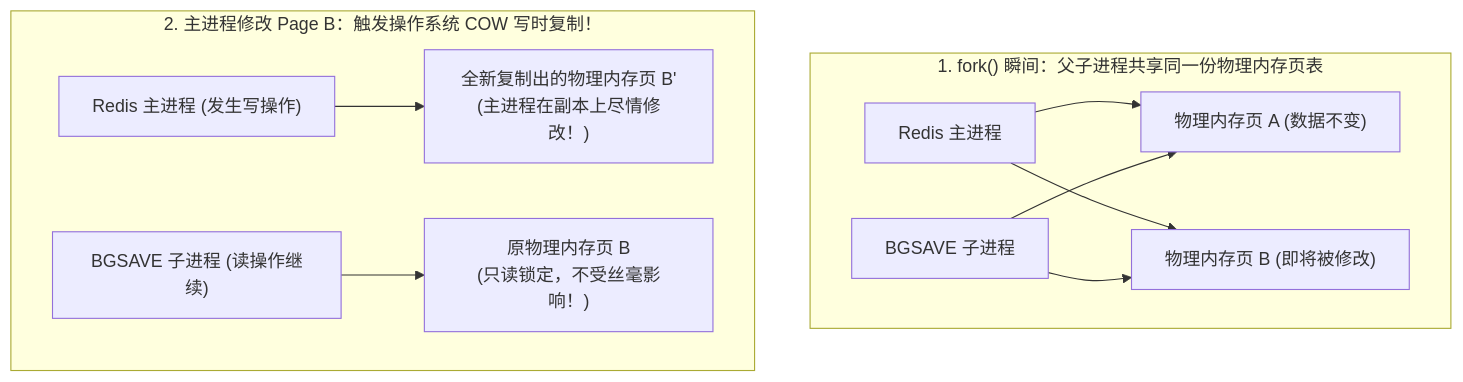
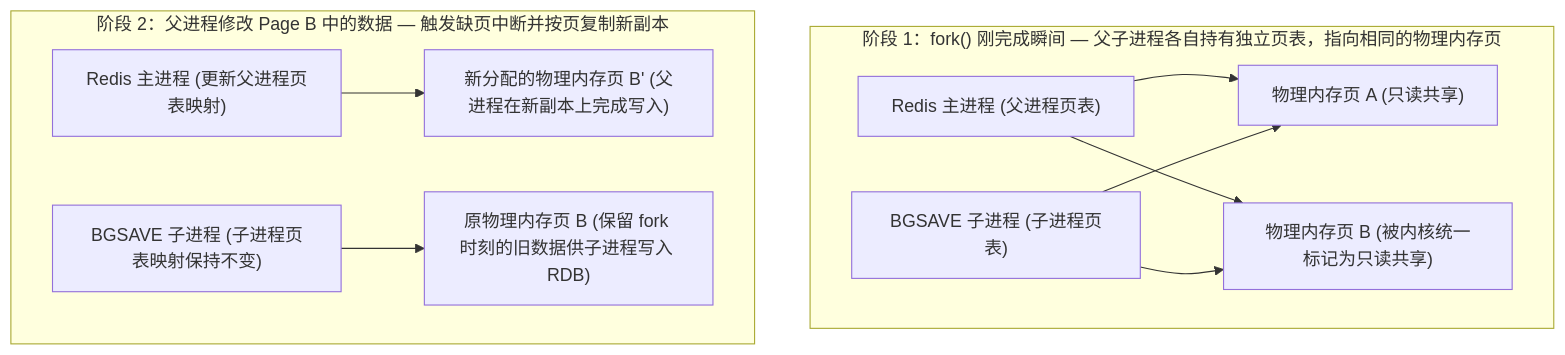
Before and after one commit to GuoWWWX/knowledge-base: the third of 5 diagrams in 20-Java后端/05-数据库与存储/06-Redis持久化-RDB-AOF.md, drawn with Mermaid. The commit also changed other lines of this file and 251 other files, not shown here.

````diff
--- a/20-Java后端/05-数据库与存储/06-Redis持久化-RDB-AOF.md
+++ b/20-Java后端/05-数据库与存储/06-Redis持久化-RDB-AOF.md
@@ -60,14 +92,14 @@
 ```mermaid
 flowchart TD
-    subgraph Before["1. fork() 瞬间：父子进程共享同一份物理内存页表"]
-        Parent1["Redis 主进程"] --> PageA["物理内存页 A (数据不变)"]
-        Child1["BGSAVE 子进程"] --> PageA
-        Parent1 --> PageB["物理内存页 B (即将被修改)"]
+    subgraph Stage1["阶段 1：fork() 刚完成瞬间 — 父子进程各自持有独立页表，指向相同的物理内存页"]
+        Parent1["Redis 主进程 (父进程页表)"] --> PageA["物理内存页 A (只读共享)"]
+        Child1["BGSAVE 子进程 (子进程页表)"] --> PageA
+        Parent1 --> PageB["物理内存页 B (被内核统一标记为只读共享)"]
         Child1 --> PageB
     end
 
-    subgraph After["2. 主进程修改 Page B：触发操作系统 COW 写时复制！"]
-        Parent2["Redis 主进程 (发生写操作)"] --> NewPageB["全新复制出的物理内存页 B'<br/>(主进程在副本上尽情修改！)"]
-        Child2["BGSAVE 子进程 (读操作继续)"] --> OldPageB["原物理内存页 B<br/>(只读锁定，不受丝毫影响！)"]
+    subgraph Stage2["阶段 2：父进程修改 Page B 中的数据 — 触发缺页中断并按页复制新副本"]
+        Parent2["Redis 主进程 (更新父进程页表映射)"] --> NewPageB["新分配的物理内存页 B' (父进程在新副本上完成写入)"]
+        Child2["BGSAVE 子进程 (子进程页表映射保持不变)"] --> OldPageB["原物理内存页 B (保留 fork 时刻的旧数据供子进程写入 RDB)"]
     end
 ```
````
